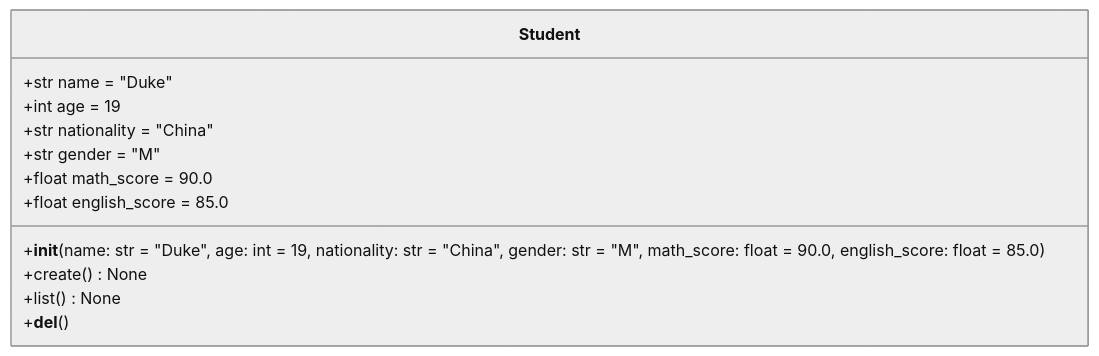
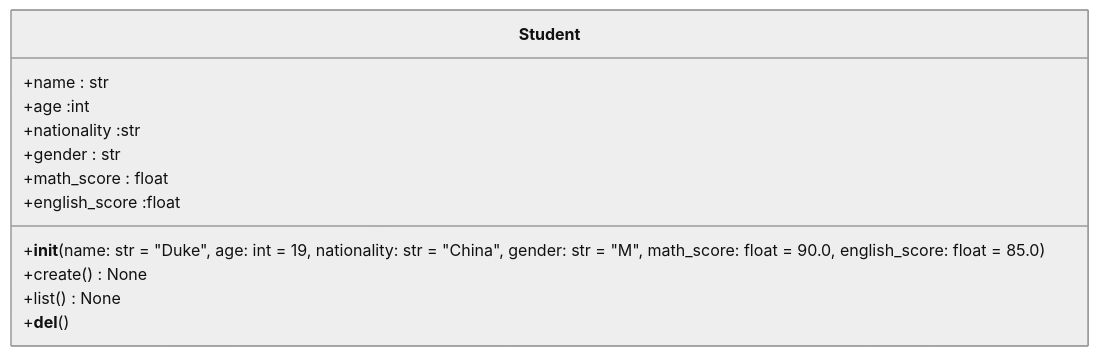
One commit to duke7775/python_test1 changed the diagram in student.md. Above: the diagram before and after it, drawn with Mermaid (neutral theme). The commit also changed 1 other file, not shown here.

Commit message:
student.py

````diff
--- a/student.md
+++ b/student.md
@@ -1,15 +1,15 @@
 ```mermaid
 classDiagram
      class Student{
-        +str name = "Duke"
-        +int age = 19
-        +str nationality = "China"
-        +str gender = "M"
-        +float math_score = 90.0
-        +float english_score = 85.0
+        +name : str
+        +age :int
+        +nationality :str
+        +gender : str
+        +math_score : float
+        +english_score :float
         +__init__(name: str = "Duke", age: int = 19, nationality: str = "China", gender: str = "M", math_score: float = 90.0, english_score: float = 85.0)
         +create() None
         +list() None
         +__del__()
      }    
 ```
````
